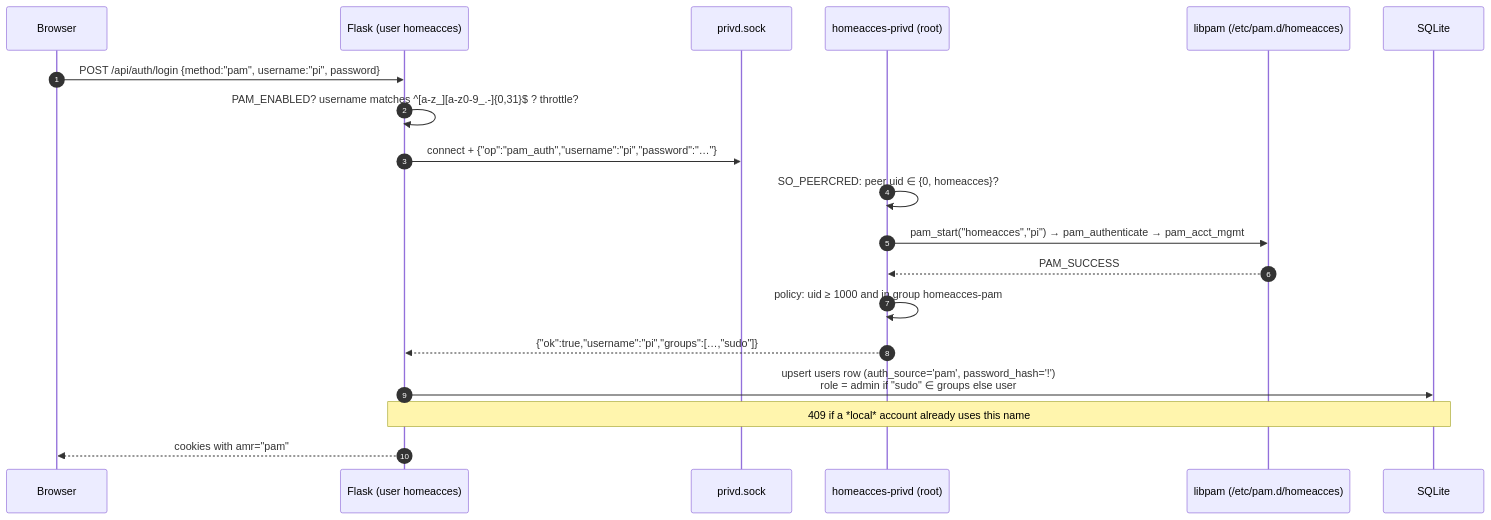
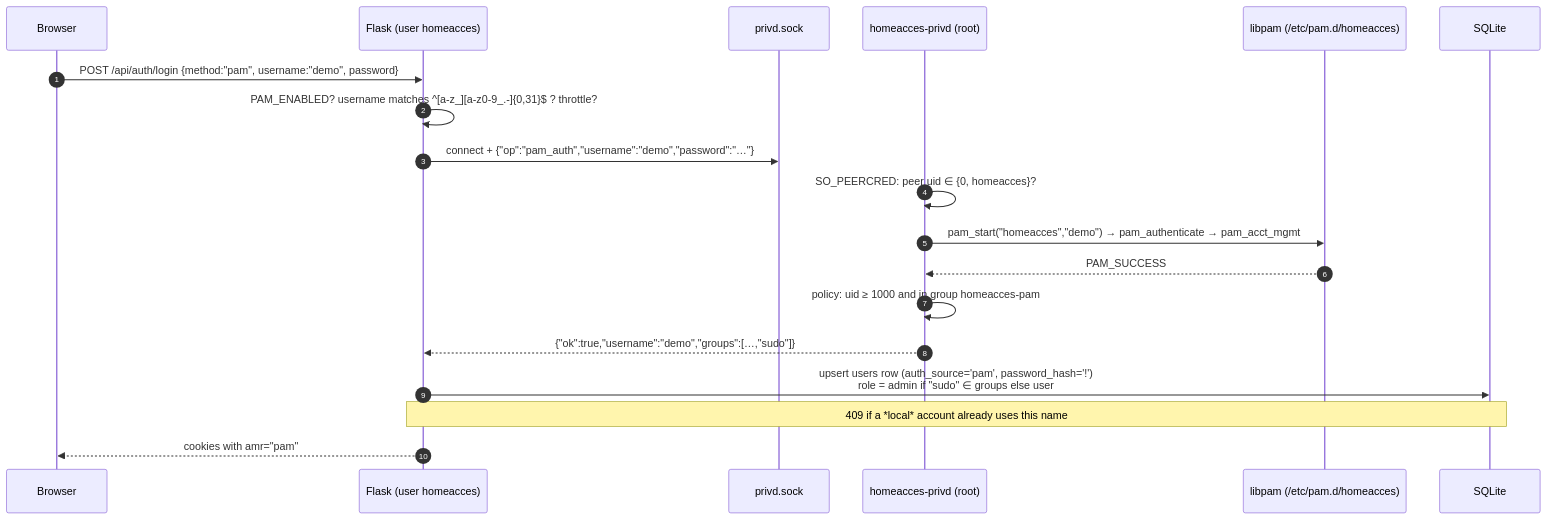
Before and after one commit to juanecito/Home_Access_Web: the seventh of 10 diagrams in doc/04-authentication.md, drawn with Mermaid. The commit also changed other lines of this file and 22 other files, not shown here.

````diff
--- a/doc/04-authentication.md
+++ b/doc/04-authentication.md
@@ -220,22 +220,22 @@
 ```mermaid
 sequenceDiagram
     autonumber
     participant B as Browser
     participant A as Flask (user homeacces)
     participant S as privd.sock
     participant H as homeacces-privd (root)
     participant L as libpam (/etc/pam.d/homeacces)
     participant D as SQLite
 
-    B->>A: POST /api/auth/login {method:"pam", username:"pi", password}
+    B->>A: POST /api/auth/login {method:"pam", username:"demo", password}
     A->>A: PAM_ENABLED? username matches ^[a-z_][a-z0-9_.-]{0,31}$ ? throttle?
-    A->>S: connect + {"op":"pam_auth","username":"pi","password":"…"}
+    A->>S: connect + {"op":"pam_auth","username":"demo","password":"…"}
     H->>H: SO_PEERCRED: peer uid ∈ {0, homeacces}?
-    H->>L: pam_start("homeacces","pi") → pam_authenticate → pam_acct_mgmt
+    H->>L: pam_start("homeacces","demo") → pam_authenticate → pam_acct_mgmt
     L-->>H: PAM_SUCCESS
     H->>H: policy: uid ≥ 1000 and in group homeacces-pam
-    H-->>A: {"ok":true,"username":"pi","groups":[…,"sudo"]}
+    H-->>A: {"ok":true,"username":"demo","groups":[…,"sudo"]}
     A->>D: upsert users row (auth_source='pam', password_hash='!')<br/>role = admin if "sudo" ∈ groups else user
     Note over A,D: 409 if a *local* account already uses this name
     A-->>B: cookies with amr="pam"
 ```
````
